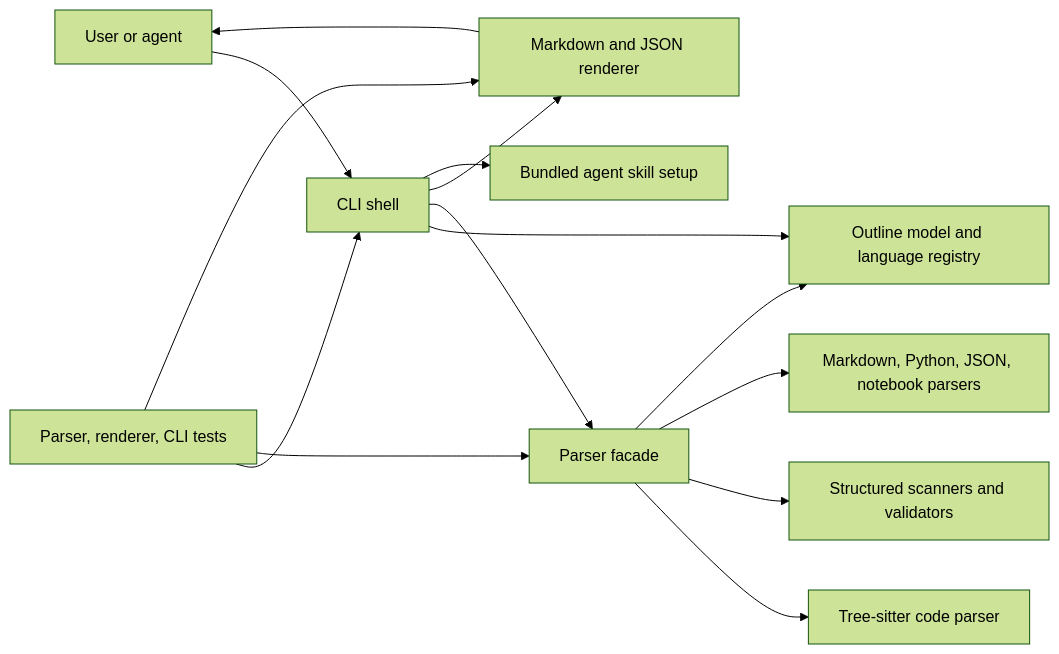
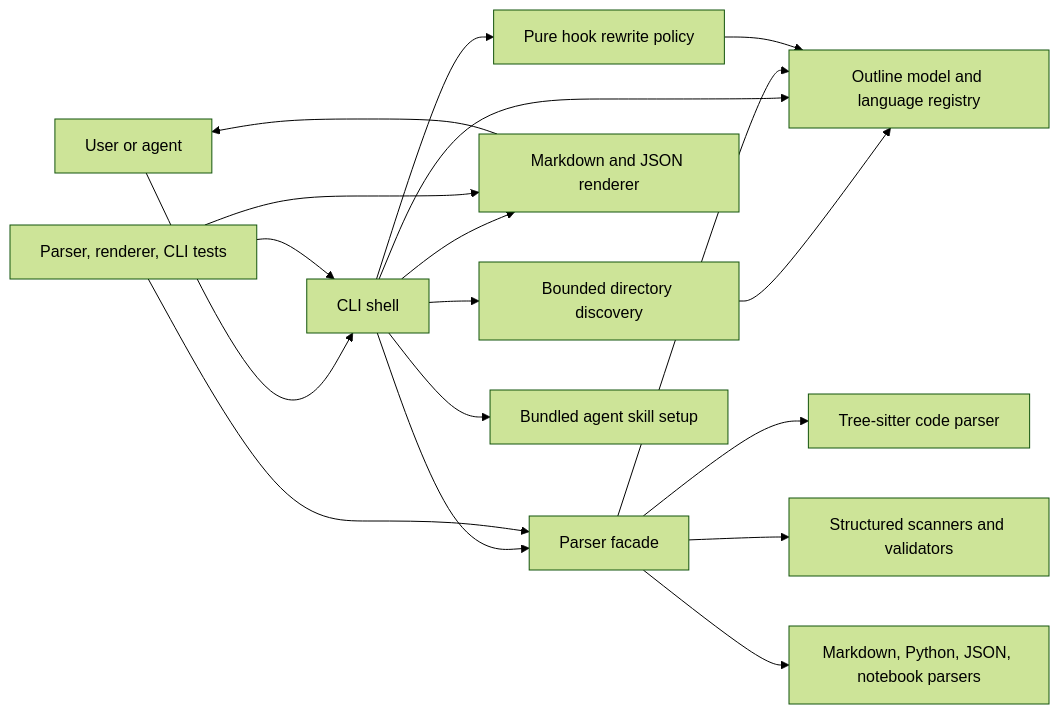
Before and after one commit to alendit/wot: the first of 2 diagrams in docs/architecture.md, drawn with Mermaid (forest theme). The commit also changed other lines of this file and 13 other files, not shown here.

````diff
--- a/docs/architecture.md
+++ b/docs/architecture.md
@@ -35,16 +36,20 @@
 ```mermaid
 flowchart LR
     User["User or agent"] --> CLI["CLI shell"]
+    CLI --> Discovery["Bounded directory discovery"]
+    Discovery --> Model
     CLI --> Model["Outline model and language registry"]
     CLI --> Parsers["Parser facade"]
     Parsers --> Code["Tree-sitter code parser"]
     Parsers --> Structured["Structured scanners and validators"]
     Parsers --> Text["Markdown, Python, JSON, notebook parsers"]
     Parsers --> Model
     CLI --> Renderer["Markdown and JSON renderer"]
     Renderer --> User
+    CLI --> Hook["Pure hook rewrite policy"]
+    Hook --> Model
     CLI --> Skill["Bundled agent skill setup"]
     Tests["Parser, renderer, CLI tests"] --> CLI
     Tests --> Parsers
     Tests --> Renderer
 ```
````
